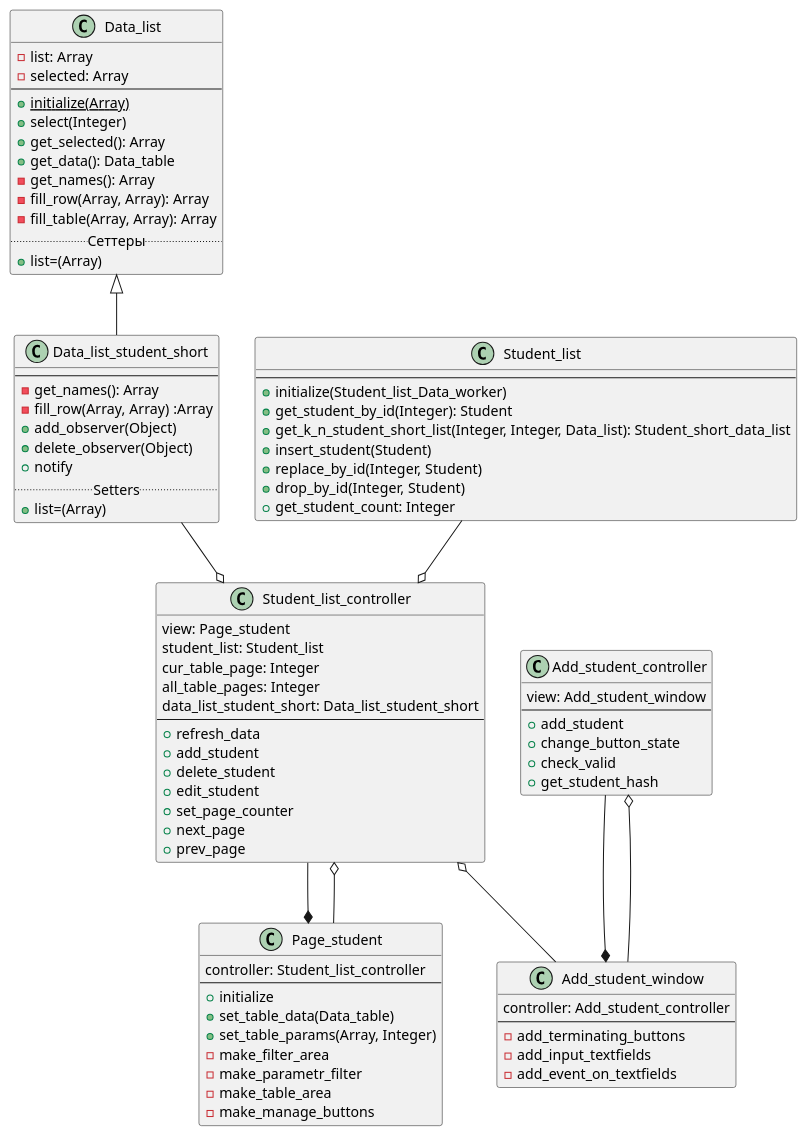
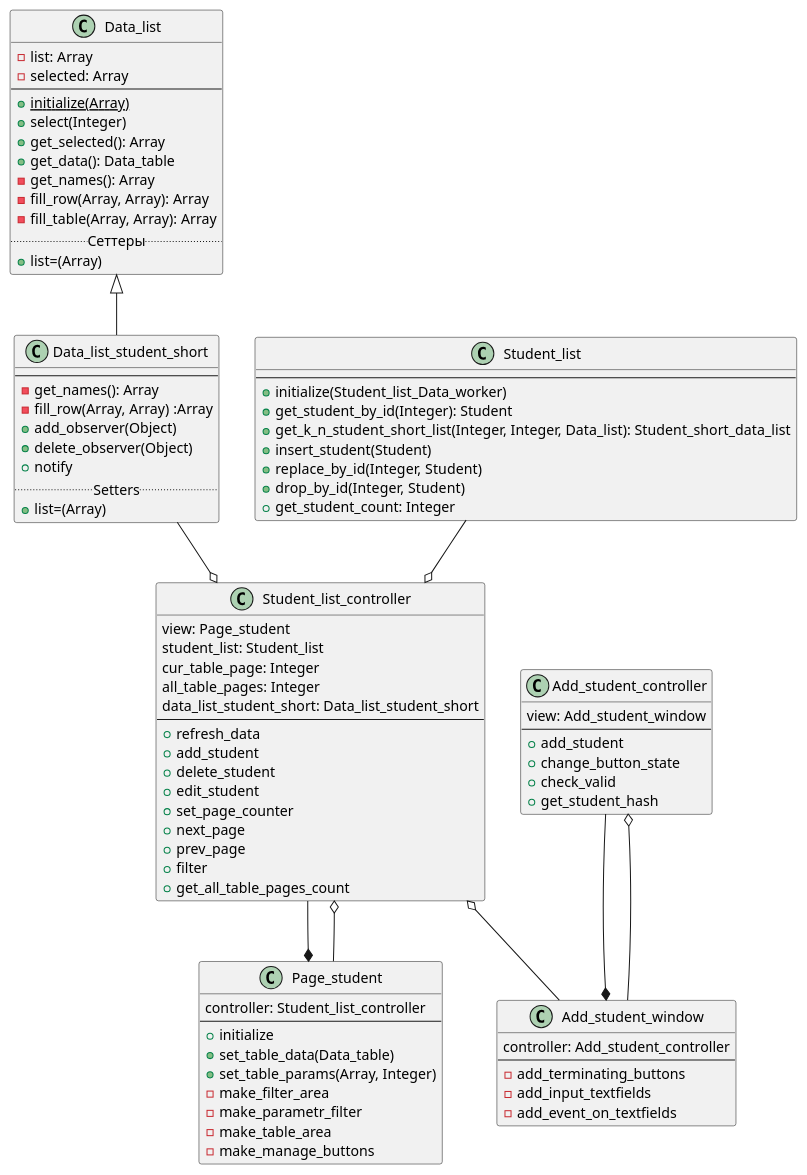
Before and after one commit to VitalijGolovij/PatternProgLabs: the diagram in Lab2/Student/diagrams/mvc_classes_diagram.puml, drawn with PlantUML. The commit also changed 9 other files, not shown here.

```diff
--- a/Lab2/Student/diagrams/mvc_classes_diagram.puml
+++ b/Lab2/Student/diagrams/mvc_classes_diagram.puml
@@ -1,100 +1,102 @@
 @startuml
 
 Class Data_list
  {
       -list: Array
       -selected: Array
  --
       +{static}initialize(Array)
       +select(Integer)
       +get_selected(): Array
       +get_data(): Data_table
       -get_names(): Array
       -fill_row(Array, Array): Array
       -fill_table(Array, Array): Array
 ..Сеттеры..
       +list=(Array)
   }
 
 Class Data_list_student_short
  {
  --
       -get_names(): Array
       -fill_row(Array, Array) :Array
 +add_observer(Object)
 +delete_observer(Object)
 +notify
 ..Setters..
 +list=(Array)
   }
 Class Student_list
 {
 --
 +initialize(Student_list_Data_worker)
 +get_student_by_id(Integer): Student
 +get_k_n_student_short_list(Integer, Integer, Data_list): Student_short_data_list
 +insert_student(Student)
 +replace_by_id(Integer, Student)
 +drop_by_id(Integer, Student)
 +get_student_count: Integer
 }
 
 class Page_student
 {
 controller: Student_list_controller
 --
 +initialize
 +set_table_data(Data_table)
 +set_table_params(Array, Integer)
 -make_filter_area
 -make_parametr_filter
 -make_table_area
 -make_manage_buttons
 }
 
 class Student_list_controller
 {
 view: Page_student
 student_list: Student_list
 cur_table_page: Integer
 all_table_pages: Integer
 data_list_student_short: Data_list_student_short
 --
 +refresh_data
 +add_student
 +delete_student
 +edit_student
 +set_page_counter
 +next_page
 +prev_page
++filter
++get_all_table_pages_count
 }
 
 class Add_student_window
 {
 controller: Add_student_controller
 --
 -add_terminating_buttons
 -add_input_textfields
 -add_event_on_textfields
 }
 
 class Add_student_controller
 {
 view: Add_student_window
 --
 +add_student
 +change_button_state
 +check_valid
 +get_student_hash
 }
 
 Data_list <|-- Data_list_student_short
 Student_list_controller --* Page_student
 Student_list_controller o-- Page_student
 Student_list --o Student_list_controller
 Data_list_student_short --o Student_list_controller
 Student_list_controller o-- Add_student_window
 Add_student_controller --* Add_student_window
 Add_student_controller o-- Add_student_window
 
 @enduml
```
